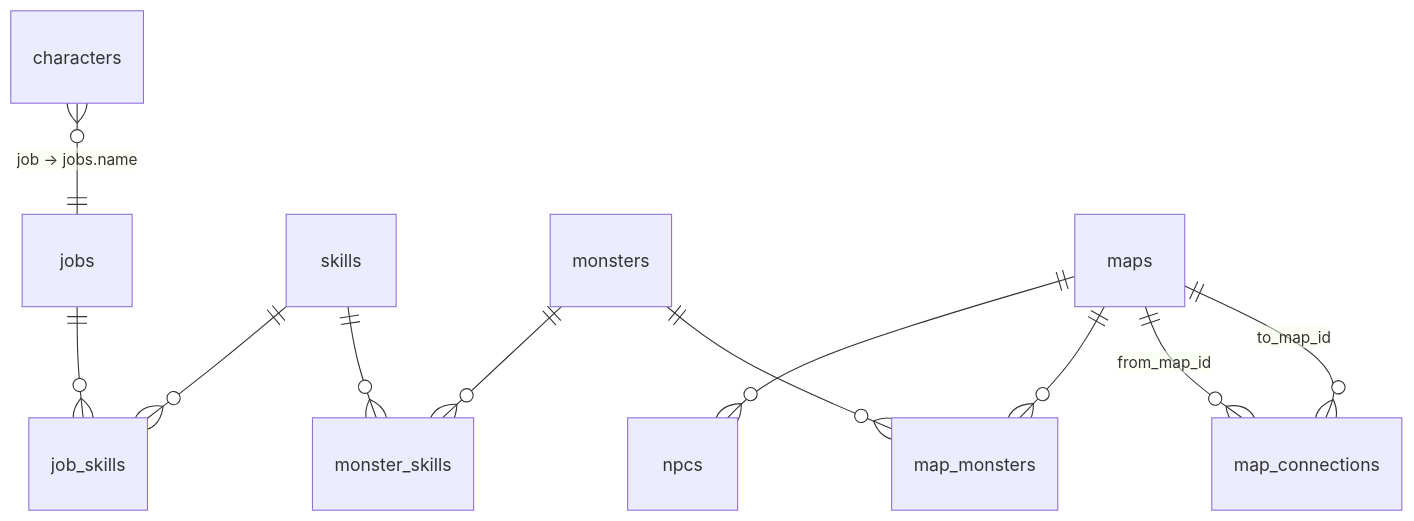
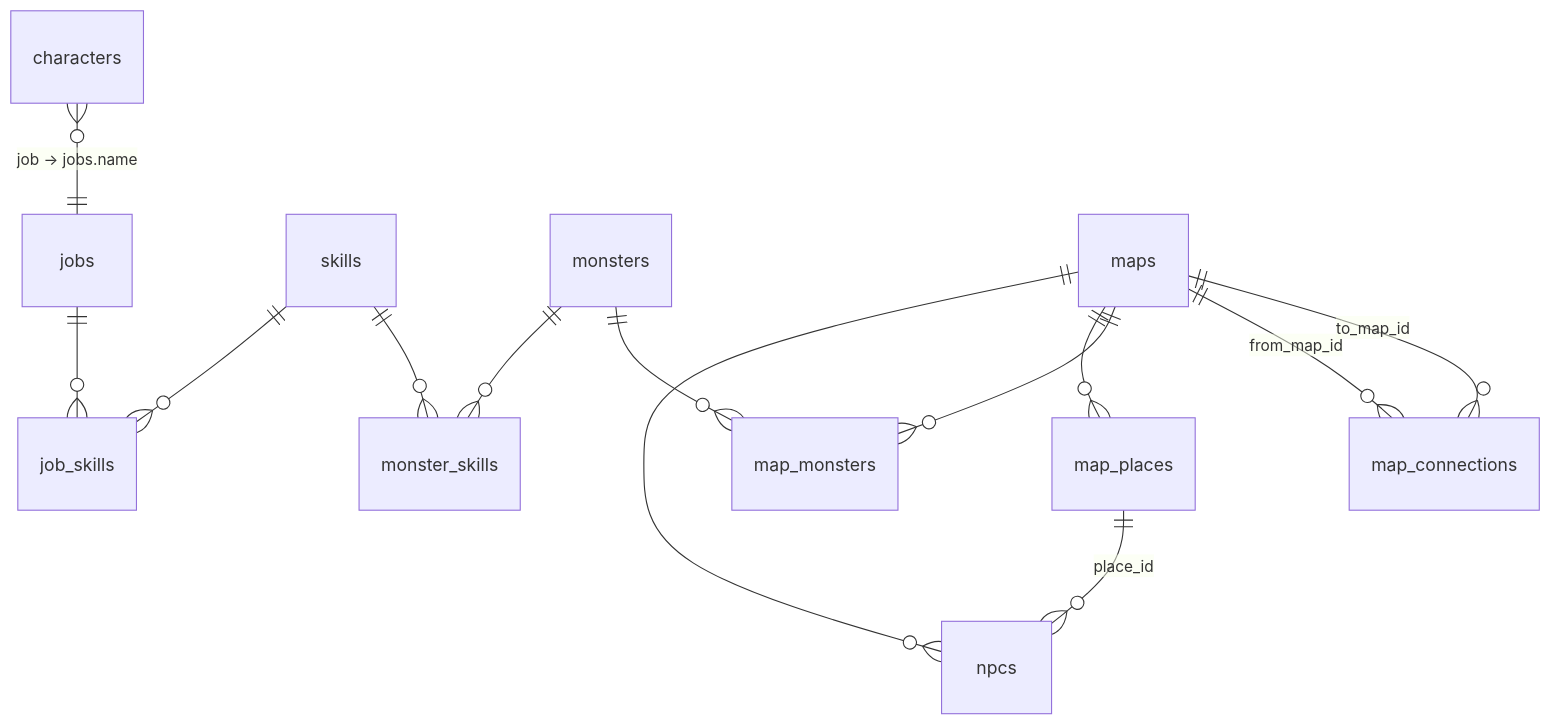
The diagram in docs/modelo-de-dados.md (ElisandroPeixoto/ragnarok-cs), drawn with Mermaid before and after one commit. The commit also changed other lines of this file and 16 other files, not shown here.

````diff
--- a/docs/modelo-de-dados.md
+++ b/docs/modelo-de-dados.md
@@ -7,13 +7,15 @@
 ```mermaid
 erDiagram
     characters }o--|| jobs : "job → jobs.name"
     jobs ||--o{ job_skills : ""
     skills ||--o{ job_skills : ""
     monsters ||--o{ monster_skills : ""
     skills ||--o{ monster_skills : ""
     maps ||--o{ npcs : ""
+    maps ||--o{ map_places : ""
+    map_places ||--o{ npcs : "place_id"
     maps ||--o{ map_monsters : ""
     monsters ||--o{ map_monsters : ""
     maps ||--o{ map_connections : "from_map_id"
     maps ||--o{ map_connections : "to_map_id"
 ```
````
